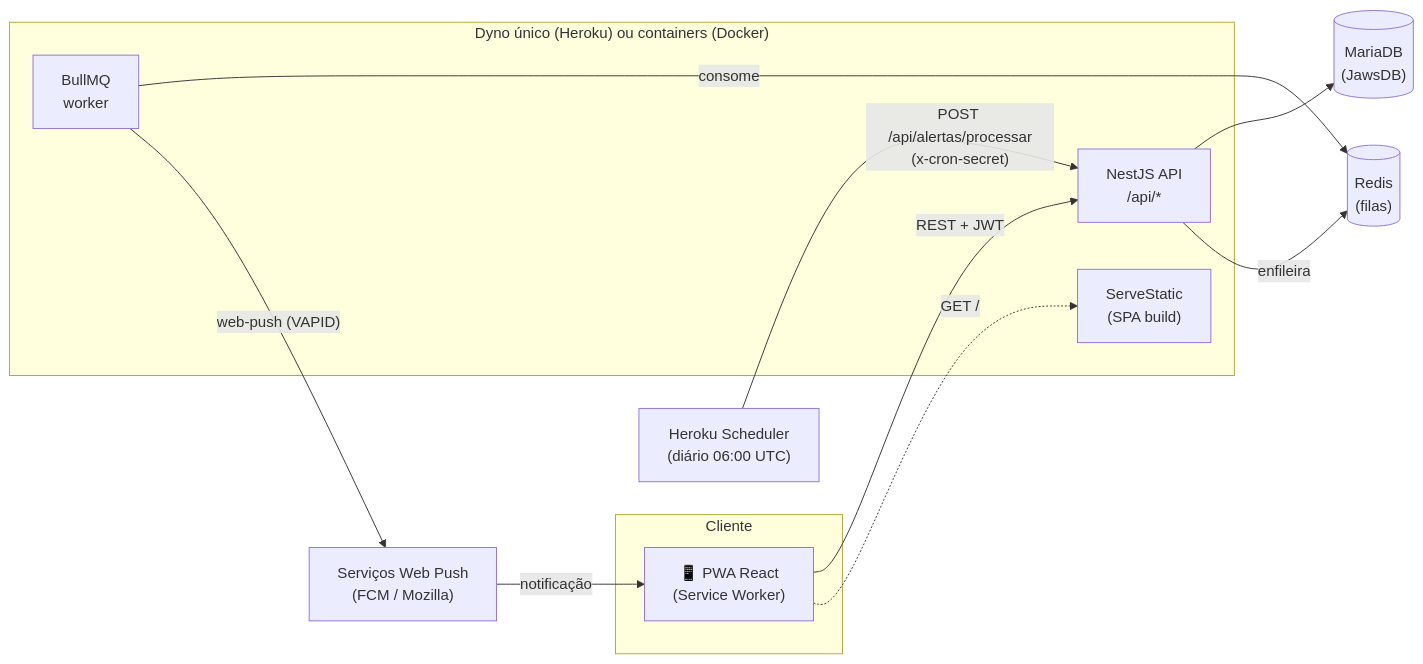
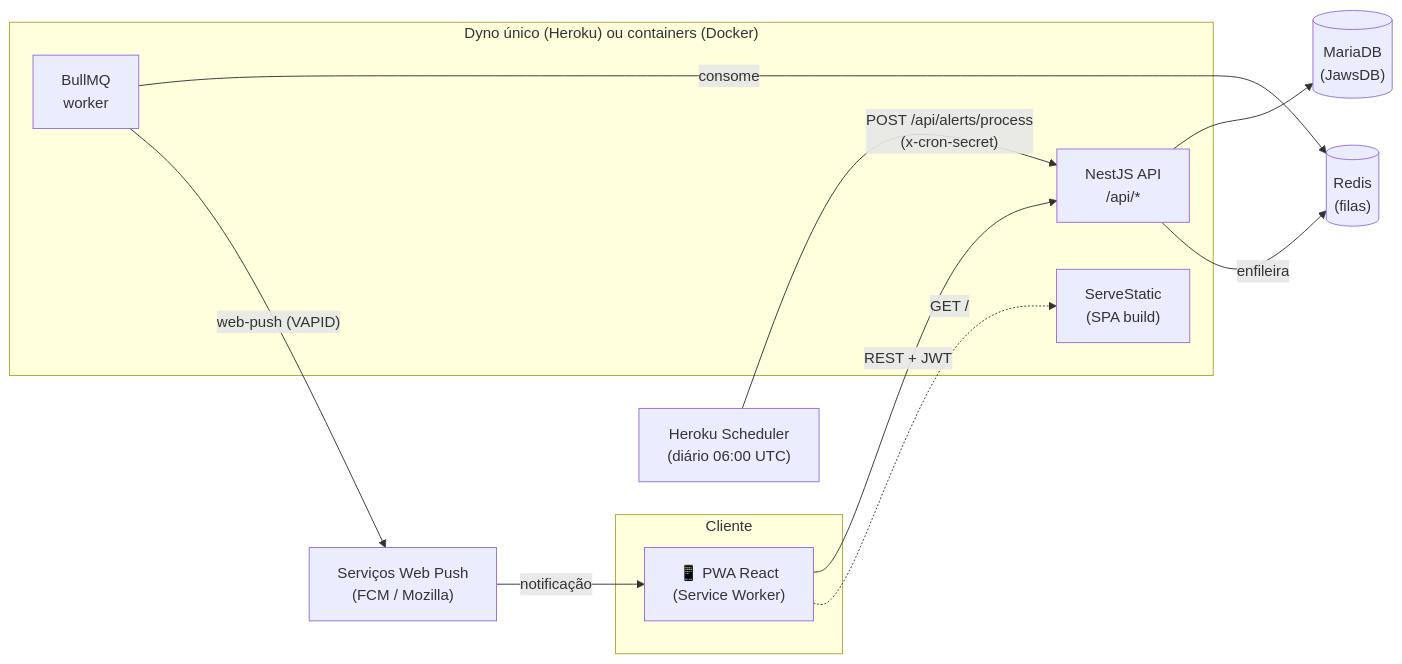
One commit to paulohrodrigues/cria-viva changed the first of 3 diagrams in README.md. Above: the diagram before and after it, drawn with Mermaid. The commit also changed other lines of this file and 114 other files, not shown here.

First line of the commit message:
refactor!: codebase 100% em inglês — schema, rotas, DTOs, comentários e front

````diff
--- a/README.md
+++ b/README.md
@@ -49,26 +49,26 @@
 ```mermaid
 flowchart LR
     subgraph Cliente
         PWA["📱 PWA React<br/>(Service Worker)"]
     end
 
     subgraph "Dyno único (Heroku) ou containers (Docker)"
         API["NestJS API<br/>/api/*"]
         STATIC["ServeStatic<br/>(SPA build)"]
         QUEUE["BullMQ<br/>worker"]
     end
 
     DB[("MariaDB<br/>(JawsDB)")]
     REDIS[("Redis<br/>(filas)")]
     PUSHSVC["Serviços Web Push<br/>(FCM / Mozilla)"]
     SCHED["Heroku Scheduler<br/>(diário 06:00 UTC)"]
 
     PWA -->|"REST + JWT"| API
     PWA -.->|"GET /"| STATIC
     API --> DB
     API -->|enfileira| REDIS
     QUEUE -->|consome| REDIS
     QUEUE -->|"web-push (VAPID)"| PUSHSVC
     PUSHSVC -->|notificação| PWA
-    SCHED -->|"POST /api/alertas/processar<br/>(x-cron-secret)"| API
+    SCHED -->|"POST /api/alerts/process<br/>(x-cron-secret)"| API
 ```
````
